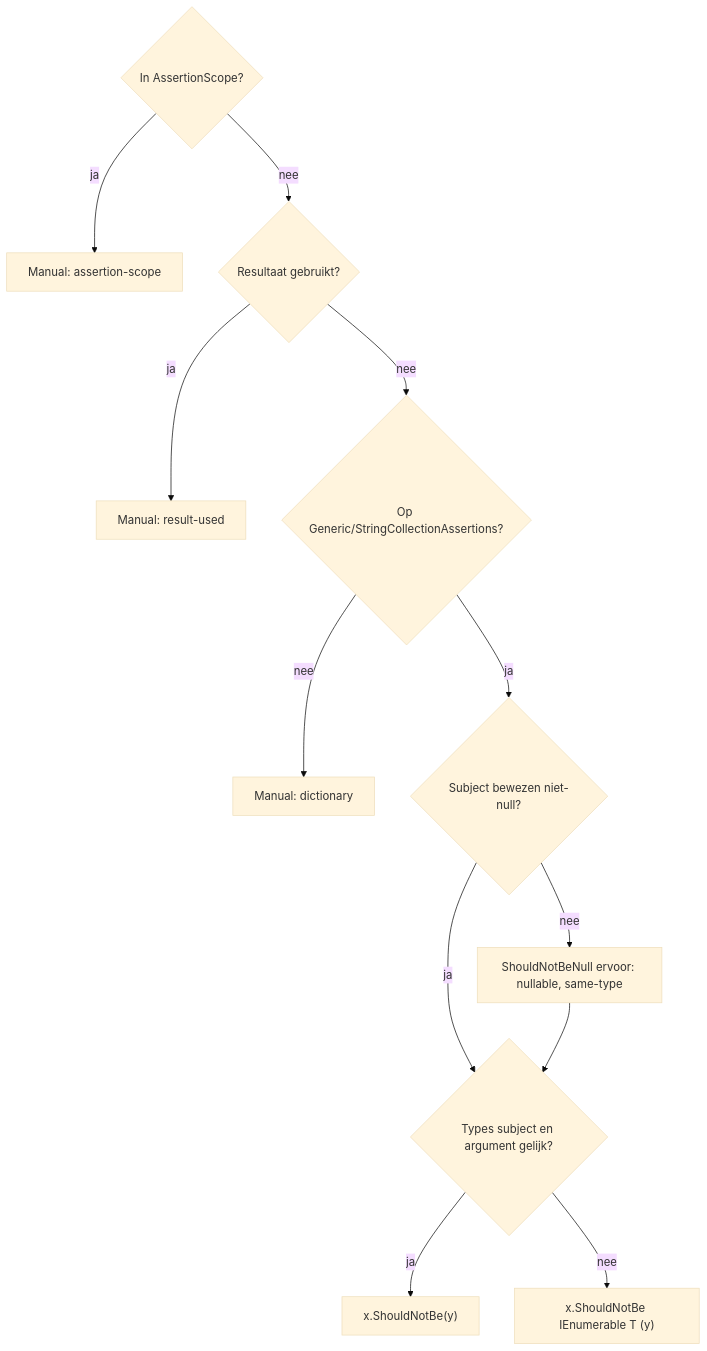
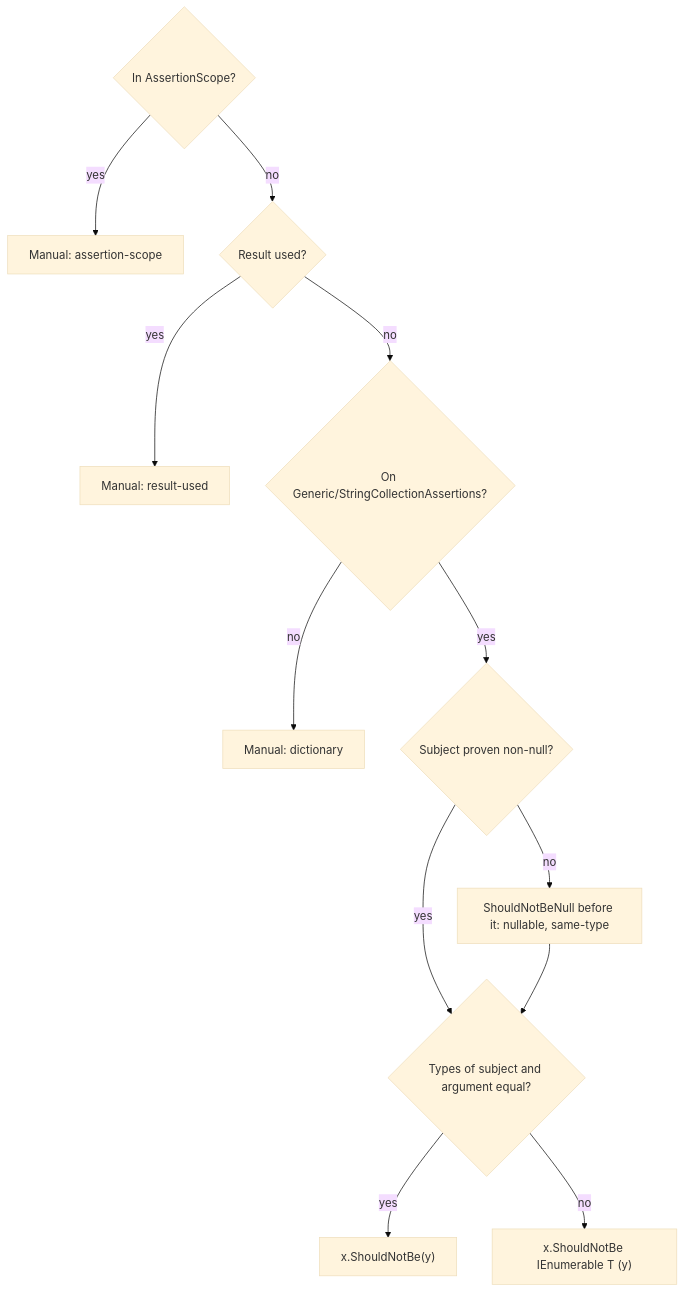
One commit to ATkingma/unshackle changed the third of 3 diagrams in docs/projectinfo/patterns/fa-not-equal-modellen.md. Above: the diagram before and after it, drawn with Mermaid (base theme). The commit also changed other lines of this file and 415 other files, not shown here.

````diff
--- a/docs/projectinfo/patterns/fa-not-equal-modellen.md
+++ b/docs/projectinfo/patterns/fa-not-equal-modellen.md
@@ -45,14 +45,14 @@
 ```mermaid
 flowchart TD
-    A{In AssertionScope?} -- ja --> M1[Manual: assertion-scope]
-    A -- nee --> B{Resultaat gebruikt?}
-    B -- ja --> M2[Manual: result-used]
-    B -- nee --> C{Op Generic/StringCollectionAssertions?}
-    C -- nee --> M3[Manual: dictionary]
-    C -- ja --> N{Subject bewezen niet-null?}
-    N -- nee --> G[ShouldNotBeNull ervoor: nullable, same-type]
-    N -- ja --> D{Types subject en argument gelijk?}
+    A{In AssertionScope?} -- yes --> M1[Manual: assertion-scope]
+    A -- no --> B{Result used?}
+    B -- yes --> M2[Manual: result-used]
+    B -- no --> C{On Generic/StringCollectionAssertions?}
+    C -- no --> M3[Manual: dictionary]
+    C -- yes --> N{Subject proven non-null?}
+    N -- no --> G[ShouldNotBeNull before it: nullable, same-type]
+    N -- yes --> D{Types of subject and argument equal?}
     G --> D
-    D -- ja --> F1["x.ShouldNotBe(y)"]
-    D -- nee --> F2["x.ShouldNotBe IEnumerable T (y)"]
+    D -- yes --> F1["x.ShouldNotBe(y)"]
+    D -- no --> F2["x.ShouldNotBe IEnumerable T (y)"]
 ```
````
